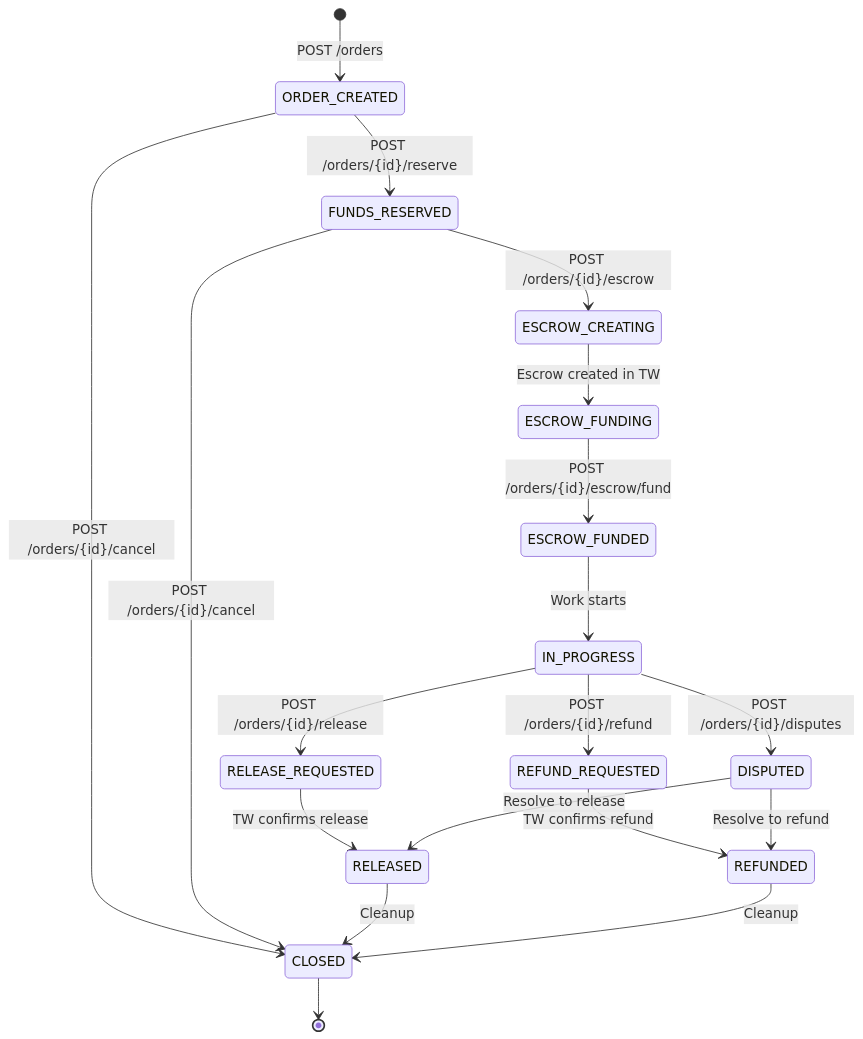
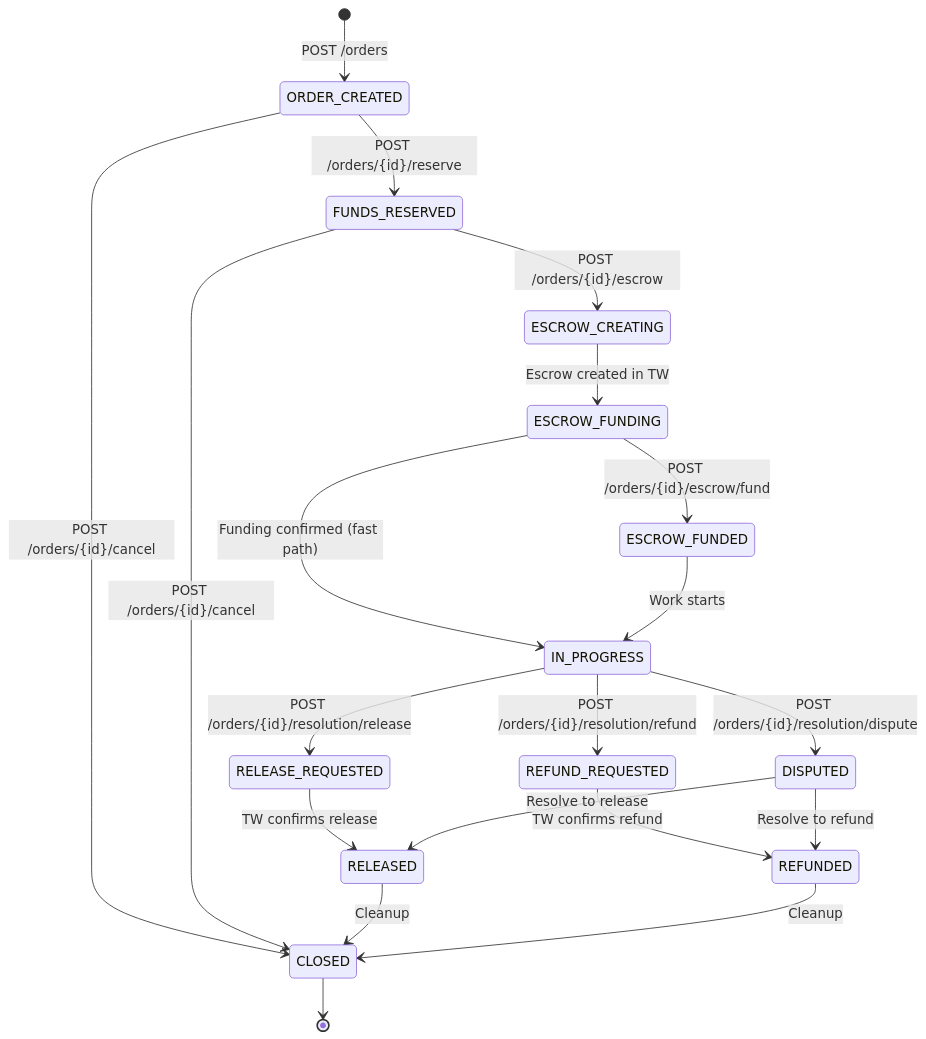
Before and after one commit to EmeditWeb/offer-hub-monorepo: the second of 3 diagrams in content/docs/guide/trustless-work.mdx, drawn with Mermaid.

Commit message:
fix(docs): correct order resolution paths and fast-path edge in trustless-work diagram
The inlined Order state-machine diagram carried stale endpoint paths (/orders/{id}/release, /refund, /disputes) from the removed OrderStateMachineDiagram component. Align them with the real resolution/release, resolution/refund, and resolution/dispute routes (see resolution.mdx and orchestrator.mdx) and restore the ESCROW_FUNDING to IN_PROGRESS fast-path edge described in the page prose.

````diff
--- a/content/docs/guide/trustless-work.mdx
+++ b/content/docs/guide/trustless-work.mdx
@@ -228,30 +228,31 @@
 ```mermaid
 stateDiagram-v2
     [*] --> ORDER_CREATED: POST /orders
 
     ORDER_CREATED --> FUNDS_RESERVED: POST /orders/{id}/reserve
     ORDER_CREATED --> CLOSED: POST /orders/{id}/cancel
 
     FUNDS_RESERVED --> ESCROW_CREATING: POST /orders/{id}/escrow
     FUNDS_RESERVED --> CLOSED: POST /orders/{id}/cancel
 
     ESCROW_CREATING --> ESCROW_FUNDING: Escrow created in TW
     ESCROW_FUNDING --> ESCROW_FUNDED: POST /orders/{id}/escrow/fund
+    ESCROW_FUNDING --> IN_PROGRESS: Funding confirmed (fast path)
 
     ESCROW_FUNDED --> IN_PROGRESS: Work starts
 
-    IN_PROGRESS --> RELEASE_REQUESTED: POST /orders/{id}/release
-    IN_PROGRESS --> REFUND_REQUESTED: POST /orders/{id}/refund
-    IN_PROGRESS --> DISPUTED: POST /orders/{id}/disputes
+    IN_PROGRESS --> RELEASE_REQUESTED: POST /orders/{id}/resolution/release
+    IN_PROGRESS --> REFUND_REQUESTED: POST /orders/{id}/resolution/refund
+    IN_PROGRESS --> DISPUTED: POST /orders/{id}/resolution/dispute
 
     RELEASE_REQUESTED --> RELEASED: TW confirms release
     REFUND_REQUESTED --> REFUNDED: TW confirms refund
 
     DISPUTED --> RELEASED: Resolve to release
     DISPUTED --> REFUNDED: Resolve to refund
 
     RELEASED --> CLOSED: Cleanup
     REFUNDED --> CLOSED: Cleanup
 
     CLOSED --> [*]
 ```
````
